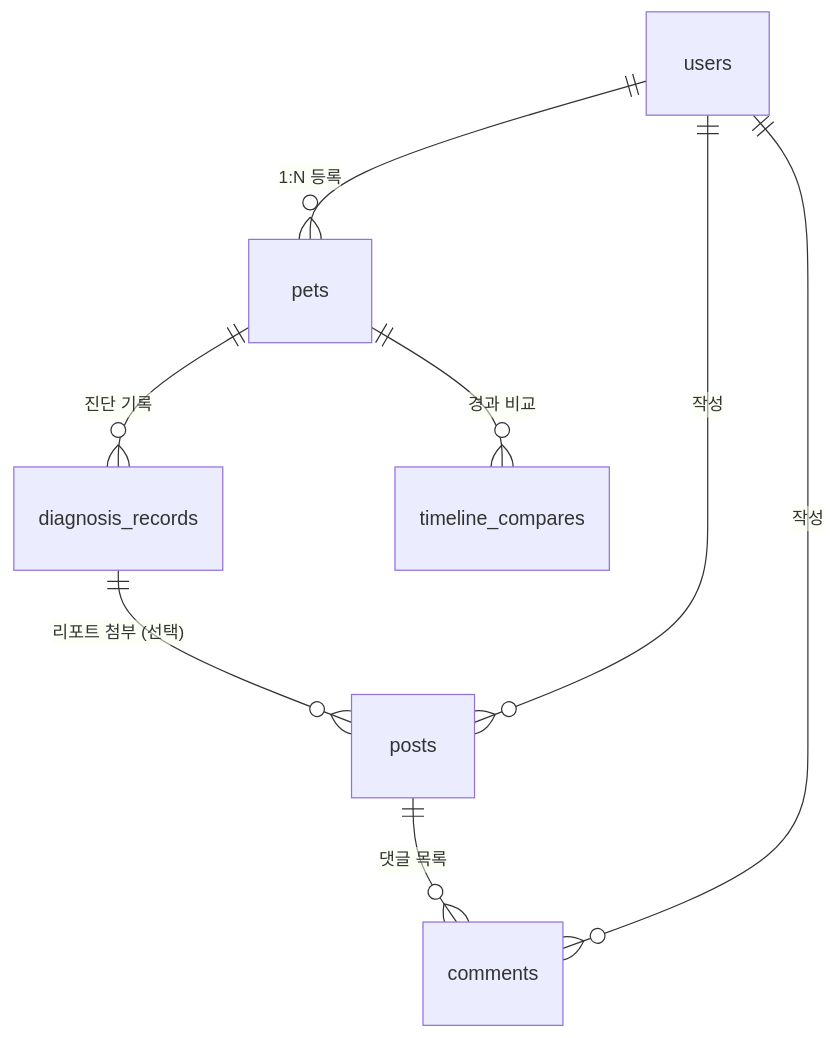
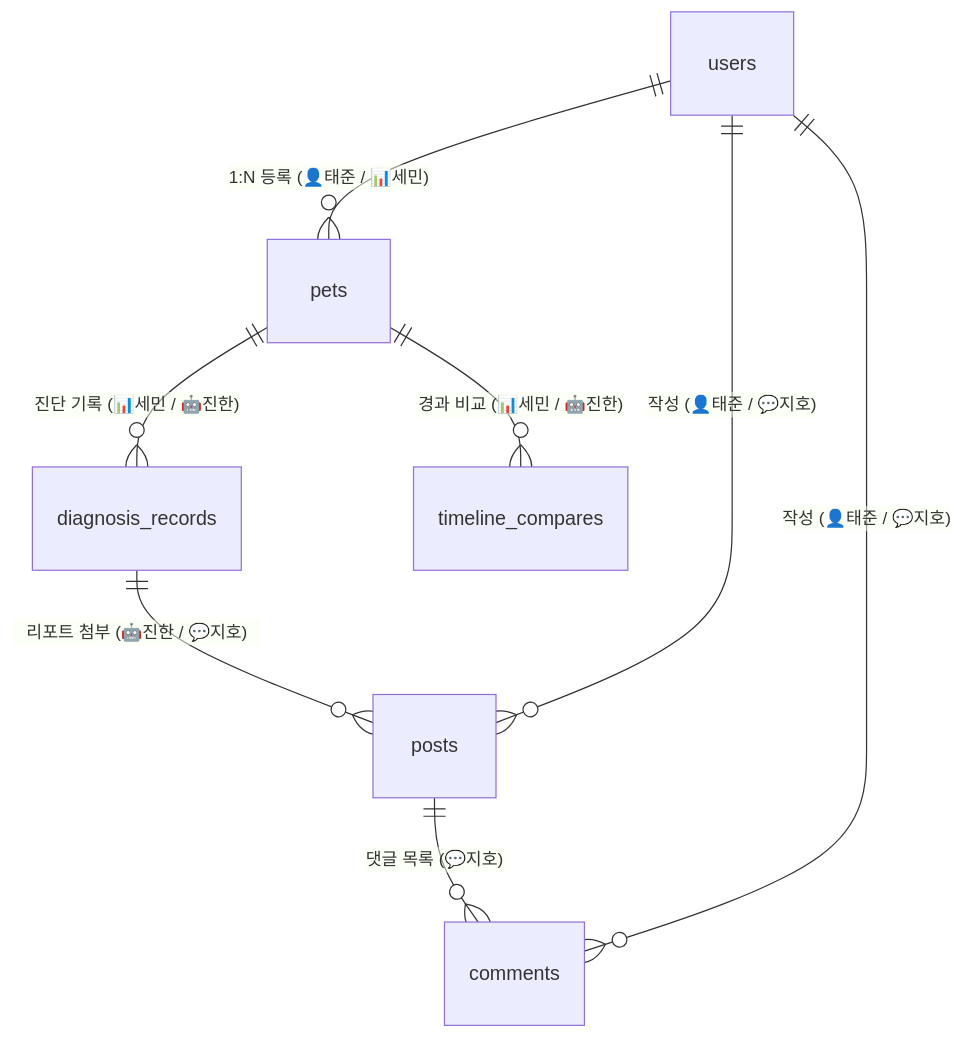
One commit to hat8532/petcare changed the second of 2 diagrams in docs/db 및 요구사항.md. Above: the diagram before and after it, drawn with Mermaid. The commit also changed other lines of this file and 5 other files, not shown here.

````diff
--- a/docs/db 및 요구사항.md
+++ b/docs/db 및 요구사항.md
@@ -75,10 +97,10 @@
 ```mermaid
 erDiagram
-    users ||--o{ pets : "1:N 등록"
-    users ||--o{ posts : "작성"
-    users ||--o{ comments : "작성"
-    pets ||--o{ diagnosis_records : "진단 기록"
-    pets ||--o{ timeline_compares : "경과 비교"
-    diagnosis_records ||--o{ posts : "리포트 첨부 (선택)"
-    posts ||--o{ comments : "댓글 목록"
+    users ||--o{ pets : "1:N 등록 (👤태준 / 📊세민)"
+    users ||--o{ posts : "작성 (👤태준 / 💬지호)"
+    users ||--o{ comments : "작성 (👤태준 / 💬지호)"
+    pets ||--o{ diagnosis_records : "진단 기록 (📊세민 / 🤖진한)"
+    pets ||--o{ timeline_compares : "경과 비교 (📊세민 / 🤖진한)"
+    diagnosis_records ||--o{ posts : "리포트 첨부 (🤖진한 / 💬지호)"
+    posts ||--o{ comments : "댓글 목록 (💬지호)"
 ```
````
